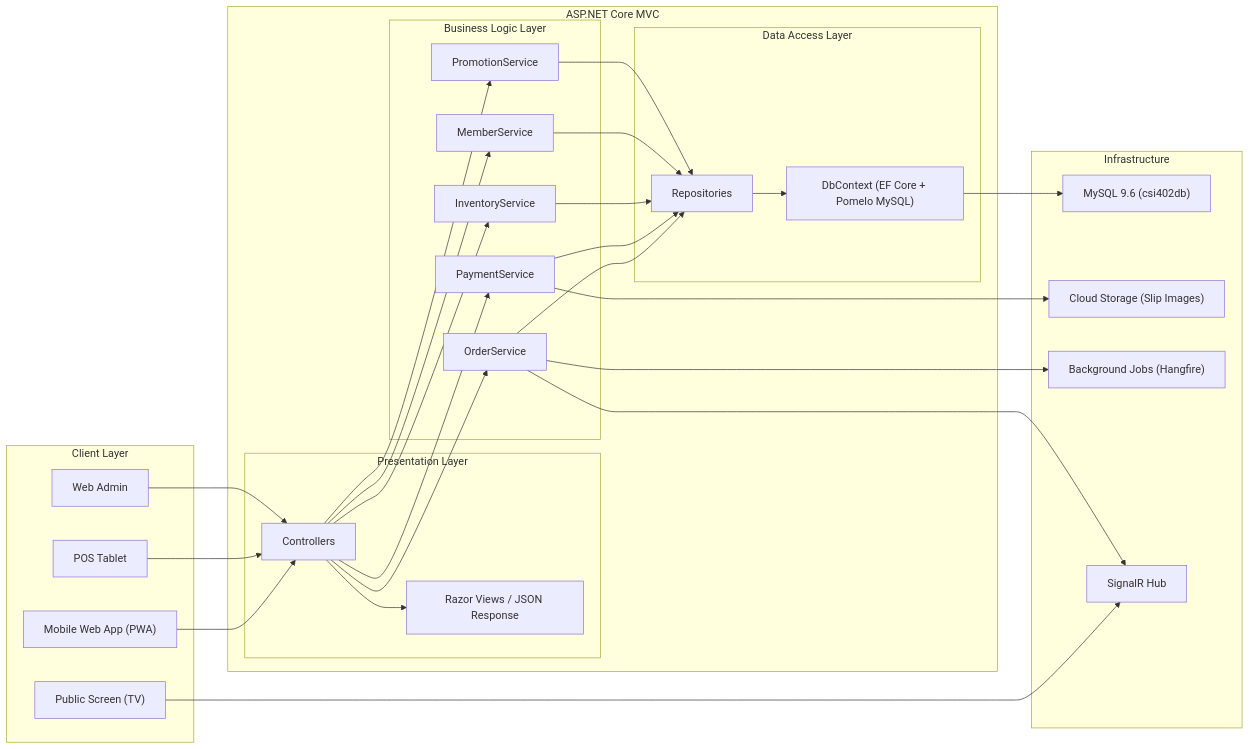
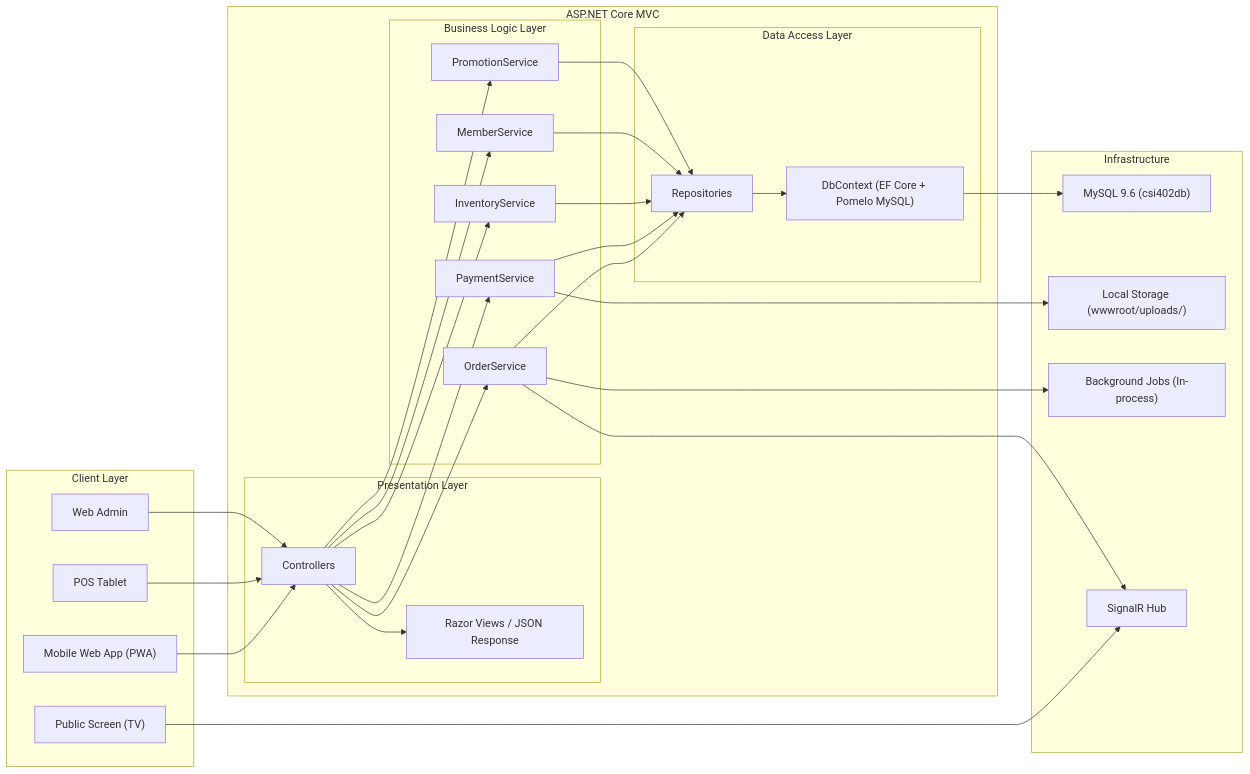
One commit to InkSpuDek66/smart-cafe-management changed the first of 5 diagrams in README.md. Above: the diagram before and after it, drawn with Mermaid. The commit also changed other lines of this file and 21 other files, not shown here.

````diff
--- a/README.md
+++ b/README.md
@@ -800,55 +800,55 @@
 ```mermaid
 graph LR
     subgraph "Client Layer"
         A["Mobile Web App (PWA)"]
         B["POS Tablet"]
         C["Web Admin"]
         D["Public Screen (TV)"]
     end
 
     subgraph "ASP.NET Core MVC"
         subgraph "Presentation Layer"
             E["Controllers"]
             F["Razor Views / JSON Response"]
         end
         subgraph "Business Logic Layer"
             G["OrderService"]
             H["PaymentService"]
             I["InventoryService"]
             J["MemberService"]
             K["PromotionService"]
         end
         subgraph "Data Access Layer"
             L["Repositories"]
             M["DbContext (EF Core + Pomelo MySQL)"]
         end
     end
 
     subgraph "Infrastructure"
         N["MySQL 9.6 (csi402db)"]
-        O["Cloud Storage (Slip Images)"]
-        P["Background Jobs (Hangfire)"]
+        O["Local Storage (wwwroot/uploads/)"]
+        P["Background Jobs (In-process)"]
         Q["SignalR Hub"]
     end
 
     A --> E
     B --> E
     C --> E
     D --> Q
     E --> F
     E --> G
     E --> H
     E --> I
     E --> J
     E --> K
     G --> L
     H --> L
     I --> L
     J --> L
     K --> L
     L --> M
     M --> N
     H --> O
     G --> P
     G --> Q
 ```
````
